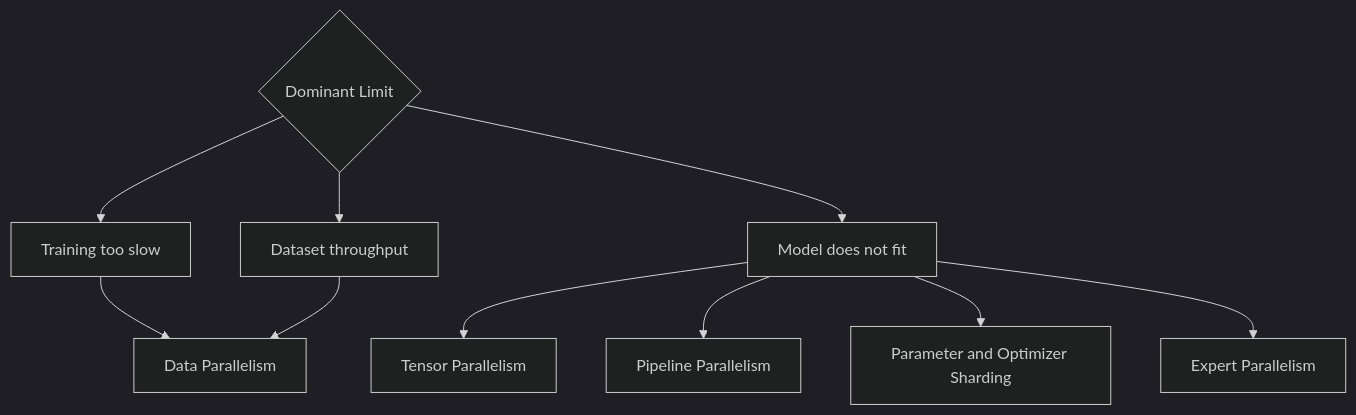
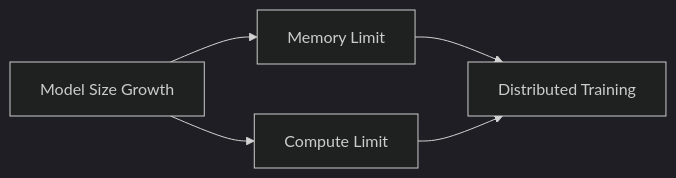
The first of 7 diagrams in docs/nvidia-zero-to-hero/volume-13/chapter-01-why-distributed-training-exists.md (jithinpnjm/nvidia-devops), drawn with Mermaid (dark theme) before and after one commit. The commit also changed other lines of this file and 3 other files, not shown here.

````diff
--- a/docs/nvidia-zero-to-hero/volume-13/chapter-01-why-distributed-training-exists.md
+++ b/docs/nvidia-zero-to-hero/volume-13/chapter-01-why-distributed-training-exists.md
@@ -28,19 +40,7 @@
 ```mermaid
-flowchart TD
-    Limit{Dominant Limit}
-    Time[Training too slow]
-    Memory[Model does not fit]
-    Data[Dataset throughput]
-    DataP[Data Parallelism]
-    Tensor[Tensor Parallelism]
-    Pipe[Pipeline Parallelism]
-    Shard[Parameter and Optimizer Sharding]
-    Expert[Expert Parallelism]
-
-    Limit --> Time --> DataP
-    Limit --> Memory --> Tensor
-    Memory --> Pipe
-    Memory --> Shard
-    Limit --> Data --> DataP
-    Memory --> Expert
+graph LR
+    A[Model Size Growth] --> B[Memory Limit]
+    A --> C[Compute Limit]
+    B --> D[Distributed Training]
+    C --> D
 ```
````
